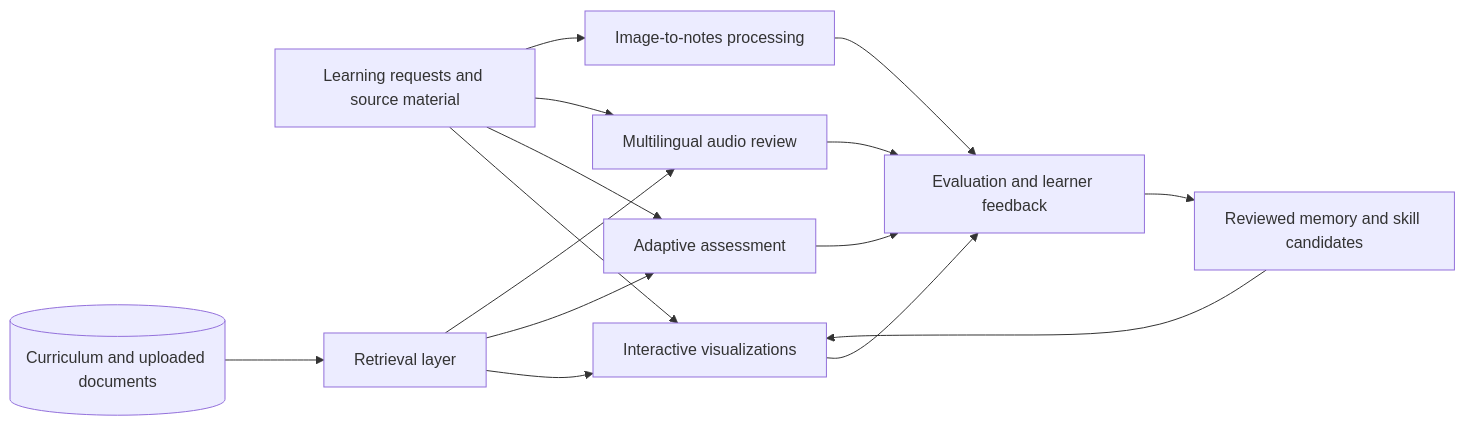
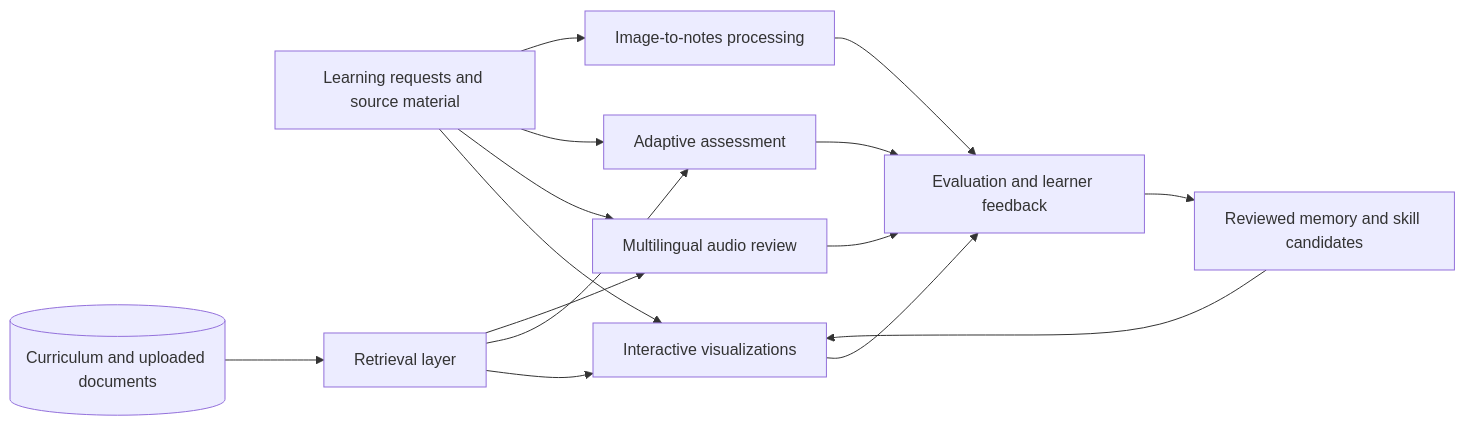
The diagram in README.md (R26-SE-041/R26-SE-041), drawn with Mermaid before and after one commit. The commit also changed other lines of this file and 31 other files, not shown here.

````diff
--- a/README.md
+++ b/README.md
@@ -22,17 +22,17 @@
 ```mermaid
 flowchart LR
     Learner[Learning requests and source material] --> Visual[Interactive visualizations]
+    Learner --> Audio[Multilingual audio review]
     Learner --> Assessment[Adaptive assessment]
-    Learner --> Audio[Multilingual audio review]
     Learner --> Notes[Image-to-notes processing]
     Curriculum[(Curriculum and uploaded documents)] --> Retrieval[Retrieval layer]
     Retrieval --> Visual
     Retrieval --> Assessment
     Retrieval --> Audio
     Visual --> Feedback[Evaluation and learner feedback]
     Assessment --> Feedback
     Audio --> Feedback
     Notes --> Feedback
     Feedback --> Memory[Reviewed memory and skill candidates]
     Memory --> Visual
 ```
````
